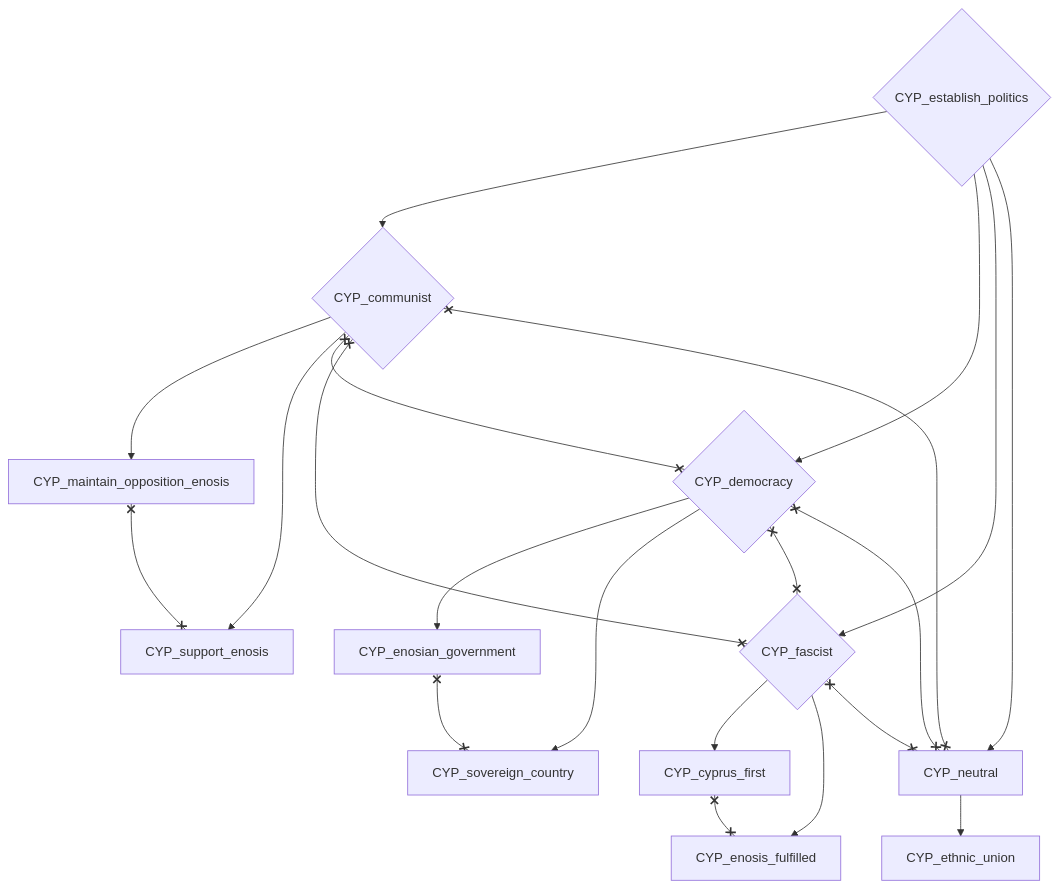
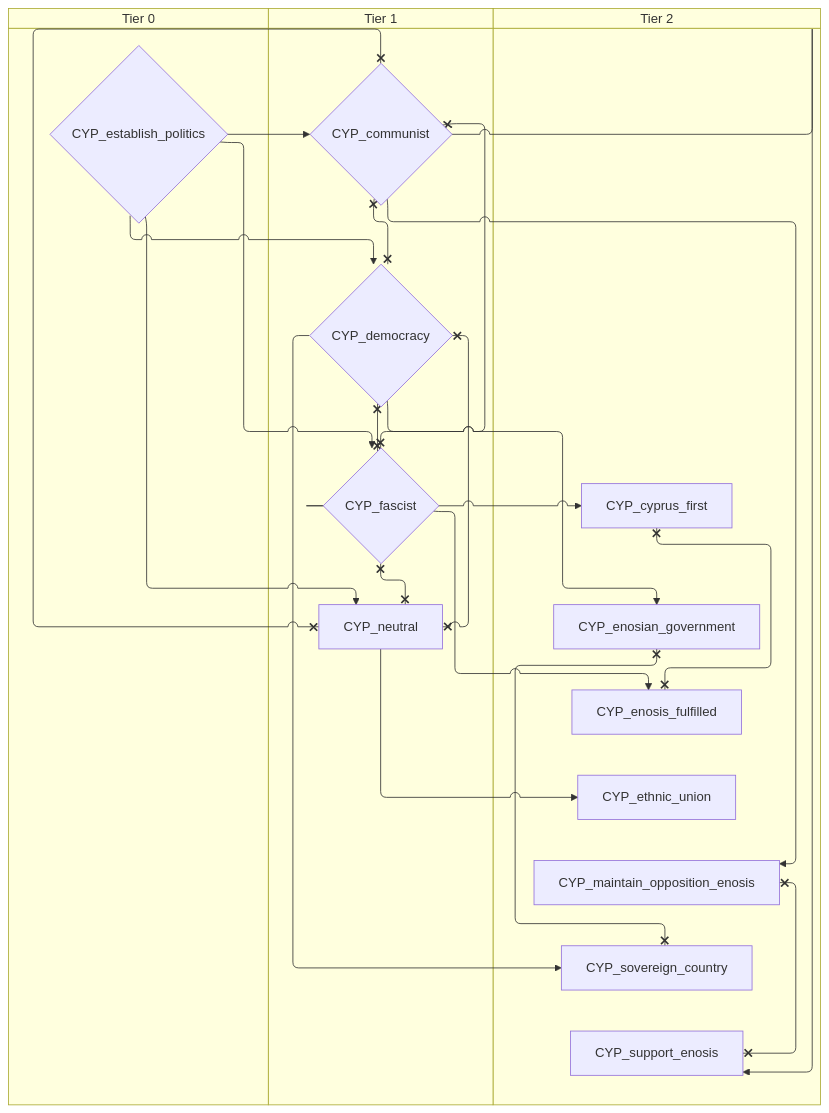
One commit to evgeny-sobol/hoi4-sandbox-mode-r56 changed the fourth of 5 diagrams in docs/gdd/National Focuses/r56_cyprus.md. Above: the diagram before and after it, drawn with Mermaid. The commit also changed other lines of this file and 423 other files, not shown here.

First line of the commit message:
Re-export Rt56 focus trees as swimlane diagrams

````diff
--- a/docs/gdd/National Focuses/r56_cyprus.md
+++ b/docs/gdd/National Focuses/r56_cyprus.md
@@ -108,35 +130,41 @@
 ```mermaid
-flowchart TD
-    n24{"CYP_communist"}
-    n25["CYP_cyprus_first"]
-    n26{"CYP_democracy"}
-    n27["CYP_enosian_government"]
-    n28["CYP_enosis_fulfilled"]
-    n29{"CYP_establish_politics"}
-    n30["CYP_ethnic_union"]
-    n31{"CYP_fascist"}
-    n32["CYP_maintain_opposition_enosis"]
-    n33["CYP_neutral"]
-    n34["CYP_sovereign_country"]
-    n35["CYP_support_enosis"]
-    n29 --> n24
-    n31 --> n25
-    n29 --> n26
-    n26 --> n27
-    n31 --> n28
-    n33 --> n30
-    n29 --> n31
-    n24 --> n32
-    n29 --> n33
+swimlane-beta TD
+    subgraph tier_0["Tier 0"]
+        n24{"CYP_establish_politics"}
+    end
+    subgraph tier_1["Tier 1"]
+        n25{"CYP_communist"}
+        n26{"CYP_democracy"}
+        n27{"CYP_fascist"}
+        n28["CYP_neutral"]
+    end
+    subgraph tier_2["Tier 2"]
+        n29["CYP_cyprus_first"]
+        n30["CYP_enosian_government"]
+        n31["CYP_enosis_fulfilled"]
+        n32["CYP_ethnic_union"]
+        n33["CYP_maintain_opposition_enosis"]
+        n34["CYP_sovereign_country"]
+        n35["CYP_support_enosis"]
+    end
+    n24 --> n25
+    n27 --> n29
+    n24 --> n26
+    n26 --> n30
+    n27 --> n31
+    n28 --> n32
+    n24 --> n27
+    n25 --> n33
+    n24 --> n28
     n26 --> n34
-    n24 --> n35
-    n24 x--x n26
-    n24 x--x n31
-    n24 x--x n33
+    n25 --> n35
+    n25 x--x n26
+    n25 x--x n27
     n25 x--x n28
-    n26 x--x n31
-    n26 x--x n33
-    n27 x--x n34
-    n31 x--x n33
-    n32 x--x n35
+    n29 x--x n31
+    n26 x--x n27
+    n26 x--x n28
+    n30 x--x n34
+    n27 x--x n28
+    n33 x--x n35
 ```
````
